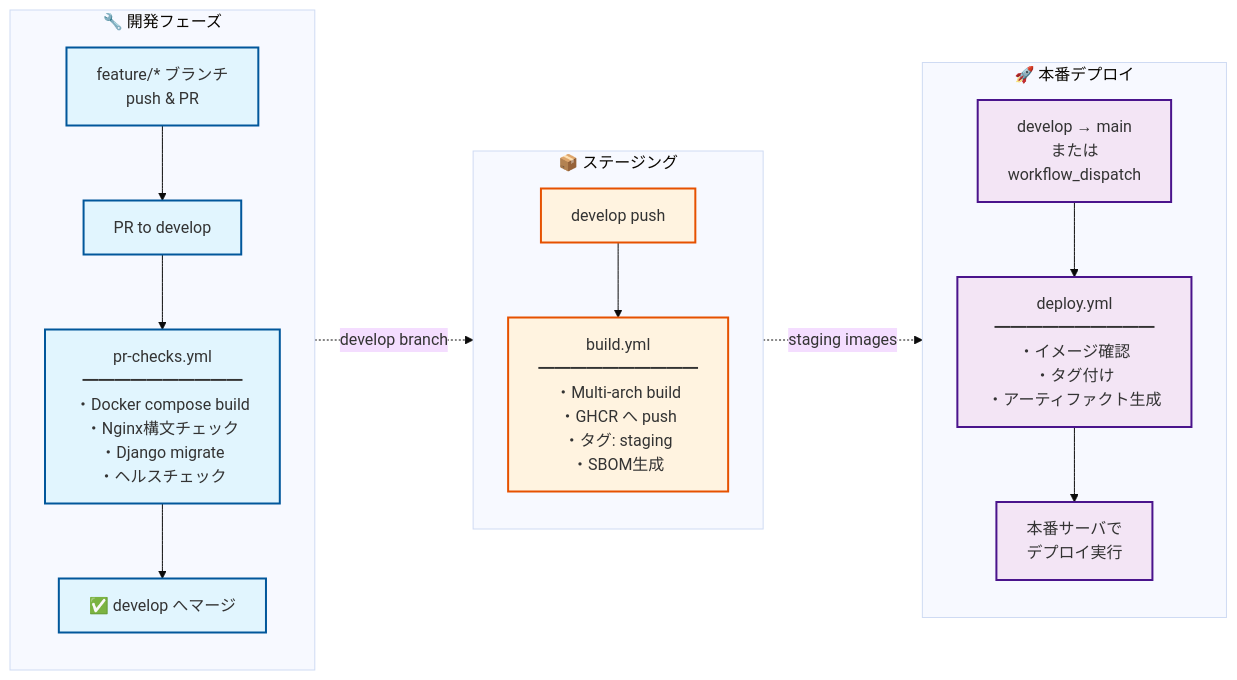
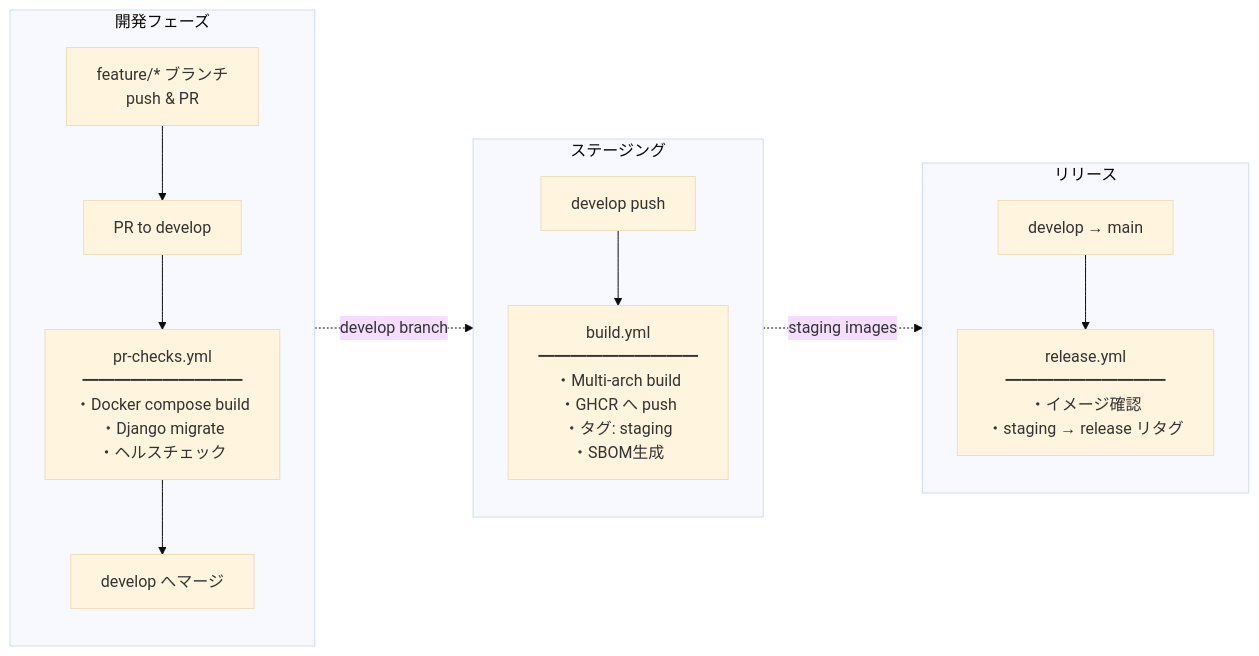
The diagram in README.md (kagiyama-baking/kawashiro-server), drawn with Mermaid (base theme) before and after one commit. The commit also changed other lines of this file and 22 other files, not shown here.

````diff
--- a/README.md
+++ b/README.md
@@ -303,49 +244,38 @@
 ```mermaid
 flowchart LR
 
-  %% 🔹 開発フェーズ（PR → develop）
-  subgraph Dev["🔧 開発フェーズ"]
+  %% 開発フェーズ（PR → develop）
+  subgraph Dev["開発フェーズ"]
     direction TB
     A[feature/* ブランチ<br/>push & PR]
     B[PR to develop]
-    C[pr-checks.yml<br/>━━━━━━━━━━<br/>・Docker compose build<br/>・Nginx構文チェック<br/>・Django migrate<br/>・ヘルスチェック]
-    D[✅ develop へマージ]
+    C[pr-checks.yml<br/>━━━━━━━━━━<br/>・Docker compose build<br/>・Django migrate<br/>・ヘルスチェック]
+    D[develop へマージ]
 
     A --> B
     B --> C
     C --> D
   end
 
-  %% 🔹 ステージング（develop push）
-  subgraph Stg["📦 ステージング"]
+  %% ステージング（develop push）
+  subgraph Stg["ステージング"]
     direction TB
     E[develop push]
     F[build.yml<br/>━━━━━━━━━━<br/>・Multi-arch build<br/>・GHCR へ push<br/>・タグ: staging<br/>・SBOM生成]
 
     E --> F
   end
 
-  %% 🔹 本番（main / 手動デプロイ）
-  subgraph Prod["🚀 本番デプロイ"]
+  %% リリース（main push）
+  subgraph Rel["リリース"]
     direction TB
-    G[develop → main<br/>または<br/>workflow_dispatch]
-    H[deploy.yml<br/>━━━━━━━━━━<br/>・イメージ確認<br/>・タグ付け<br/>・アーティファクト生成]
-    I[本番サーバで<br/>デプロイ実行]
+    G[develop → main]
+    H[release.yml<br/>━━━━━━━━━━<br/>・イメージ確認<br/>・staging → release リタグ]
 
     G --> H
-    H --> I
   end
 
   %% フェーズ間の接続
   Dev -.->|develop branch| Stg
-  Stg -.->|staging images| Prod
-
-  %% スタイリング
-  classDef devClass fill:#e1f5fe,stroke:#01579b,stroke-width:2px
-  classDef stgClass fill:#fff3e0,stroke:#e65100,stroke-width:2px
-  classDef prodClass fill:#f3e5f5,stroke:#4a148c,stroke-width:2px
-
-  class A,B,C,D devClass
-  class E,F stgClass
-  class G,H,I prodClass
+  Stg -.->|staging images| Rel
 ```
````
